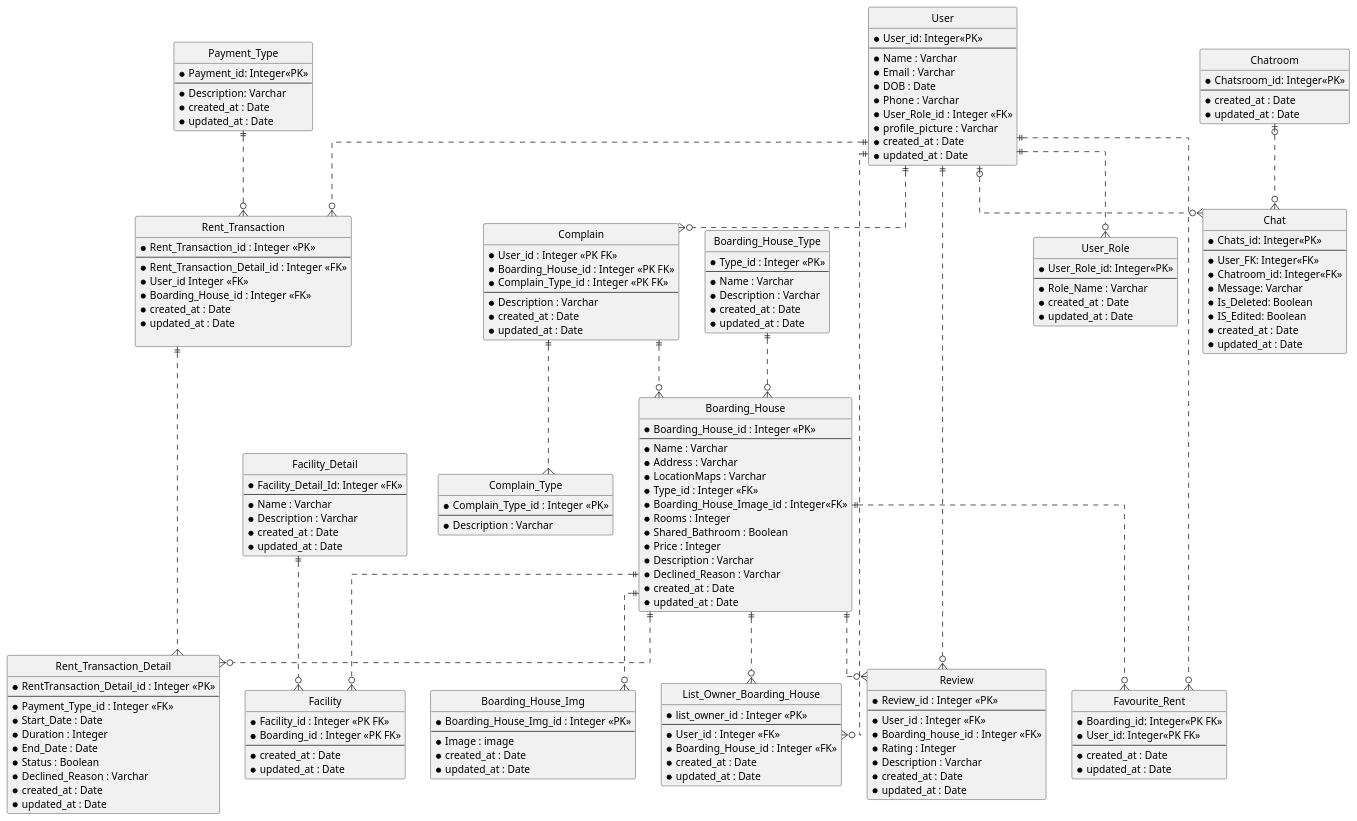
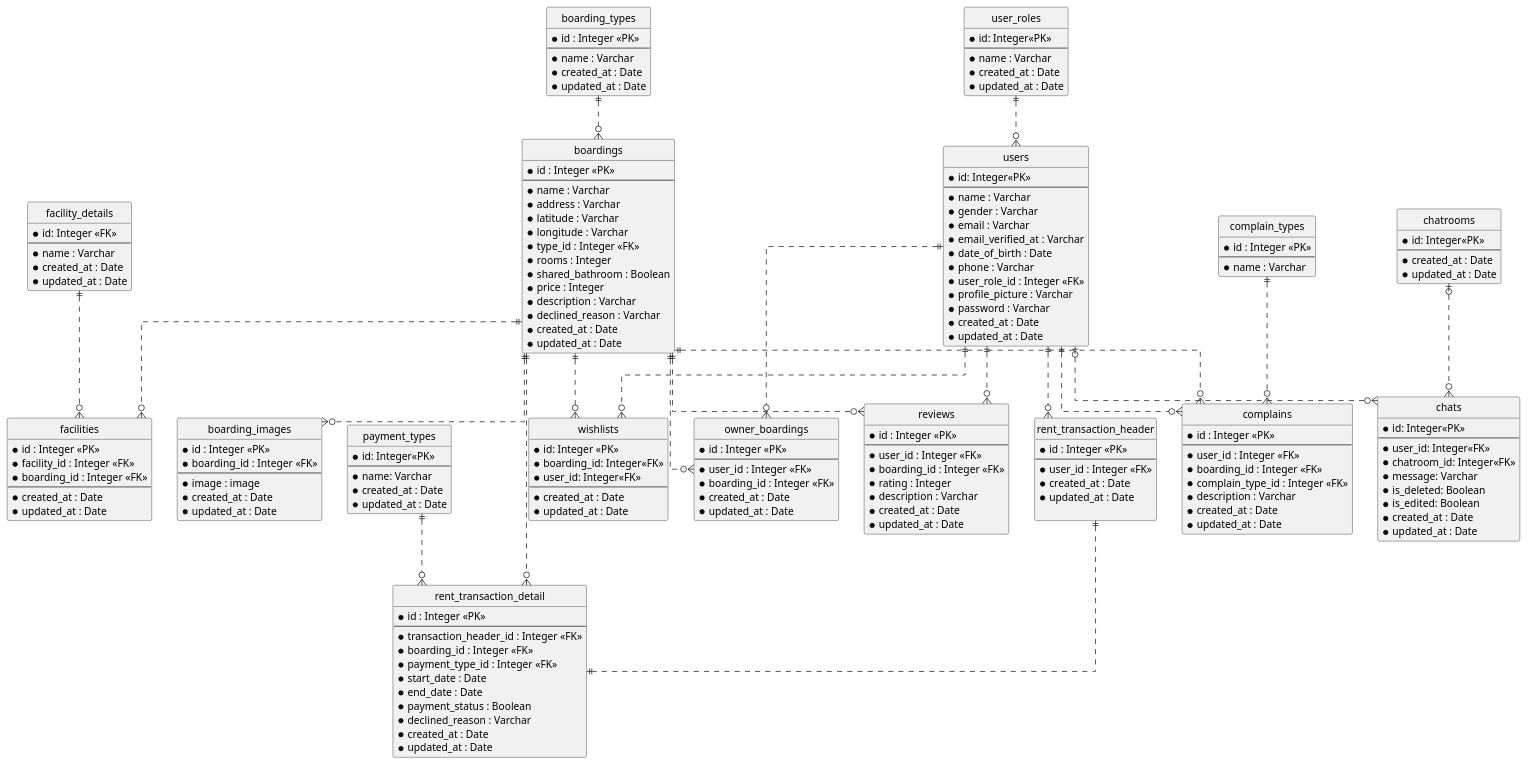
Before and after one commit to AntWort21/BHFMS: the diagram in Design/BHFMS_ERD.puml, drawn with PlantUML. The commit also changed 41 other files, not shown here.

```diff
--- a/Design/BHFMS_ERD.puml
+++ b/Design/BHFMS_ERD.puml
@@ -5,181 +5,189 @@
 ' avoid problems with angled crows feet
 skinparam linetype ortho
 
-entity "User" as usr {
-  *User_id: Integer<<PK>>
+entity "users" as usr {
+  *id: Integer<<PK>>
   --
-  *Name : Varchar
-  *Email : Varchar
-  *DOB : Date
-  *Phone : Varchar
-  *User_Role_id : Integer <<FK>>
+  *name : Varchar
+  *gender : Varchar
+  *email : Varchar
+  *email_verified_at : Varchar
+  *date_of_birth : Date
+  *phone : Varchar
+  *user_role_id : Integer <<FK>>
   *profile_picture : Varchar
+  *password : Varchar
   *created_at : Date
   *updated_at : Date
 }
 
-entity "User_Role" as usrl {
-  *User_Role_id: Integer<<PK>>
+entity "user_roles" as usrl {
+  *id: Integer<<PK>>
   --
-  *Role_Name : Varchar
+  *name : Varchar
   *created_at : Date
   *updated_at : Date
 }
 
-entity "Boarding_House_Type" as bht {
-  *Type_id : Integer <<PK>>
+entity "boarding_types" as bht {
+  *id : Integer <<PK>>
   --
-  *Name : Varchar
-  *Description : Varchar
+  *name : Varchar
   *created_at : Date
   *updated_at : Date
 }
 
-entity "Boarding_House" as bh {
-  *Boarding_House_id : Integer <<PK>>
+entity "boardings" as bh {
+  *id : Integer <<PK>>
   --
-  *Name : Varchar
-  *Address : Varchar
-  *LocationMaps : Varchar
-  *Type_id : Integer <<FK>>
-  *Boarding_House_Image_id : Integer<<FK>>
-  *Rooms : Integer
-  *Shared_Bathroom : Boolean
-  *Price : Integer
-  *Description : Varchar
-  *Declined_Reason : Varchar
+  *name : Varchar
+  *address : Varchar
+  *latitude : Varchar
+  *longitude : Varchar
+  *type_id : Integer <<FK>>
+  *rooms : Integer
+  *shared_bathroom : Boolean
+  *price : Integer
+  *description : Varchar
+  *declined_reason : Varchar
   *created_at : Date
   *updated_at : Date
 }
 
-entity "Facility_Detail" as fd {
-  *Facility_Detail_Id: Integer <<FK>>
+entity "facility_details" as fd {
+  *id: Integer <<FK>>
   --
-  *Name : Varchar
-  *Description : Varchar
+  *name : Varchar
   *created_at : Date
   *updated_at : Date
 }
 
-entity "Facility" as f {
-  *Facility_id : Integer <<PK FK>>
-  *Boarding_id : Integer <<PK FK>>
+' Composite key
+entity "facilities" as f {
+  *id : Integer <<PK>>
+  *facility_id : Integer <<FK>>
+  *boarding_id : Integer <<FK>>
   --
   *created_at : Date
   *updated_at : Date
 }
 
-entity "Boarding_House_Img" as bhi {
-  *Boarding_House_Img_id : Integer <<PK>>
+entity "boarding_images" as bhi {
+  *id : Integer <<PK>>
+  *boarding_id : Integer <<FK>>
   --
-  *Image : image
+  *image : image
   *created_at : Date
   *updated_at : Date
 }
 
-entity "Rent_Transaction" as rt {
-  *Rent_Transaction_id : Integer <<PK>>
+entity "rent_transaction_header" as rt {
+  *id : Integer <<PK>>
   --
-  *Rent_Transaction_Detail_id : Integer <<FK>> 
-  *User_id Integer <<FK>>
-  *Boarding_House_id : Integer <<FK>>
+  *user_id : Integer <<FK>>
   *created_at : Date
   *updated_at : Date
   
 }
 
-entity "Rent_Transaction_Detail" as rtd {
-  *RentTransaction_Detail_id : Integer <<PK>>
+entity "rent_transaction_detail" as rtd {
+  *id : Integer <<PK>>
   --
-  *Payment_Type_id : Integer <<FK>>
-  *Start_Date : Date
-  *Duration : Integer
-  *End_Date : Date
-  *Status : Boolean
-  *Declined_Reason : Varchar
+  *transaction_header_id : Integer <<FK>> 
+  *boarding_id : Integer <<FK>>
+  *payment_type_id : Integer <<FK>>
+  *start_date : Date
+  *end_date : Date
+  *payment_status : Boolean
+  *declined_reason : Varchar
   *created_at : Date
   *updated_at : Date
 }
 
-entity "List_Owner_Boarding_House" as lobh {
-  *list_owner_id : Integer <<PK>>
+
+entity "owner_boardings" as lobh {
+  *id : Integer <<PK>>
   --
-  *User_id : Integer <<FK>>
-  *Boarding_House_id : Integer <<FK>>
+  *user_id : Integer <<FK>>
+  *boarding_id : Integer <<FK>>
   *created_at : Date
   *updated_at : Date
 }
 
-entity "Review" as rvw {
-  *Review_id : Integer <<PK>>
+entity "reviews" as rvw {
+  *id : Integer <<PK>>
   --
-  *User_id : Integer <<FK>>
-  *Boarding_house_id : Integer <<FK>>
-  *Rating : Integer
-  *Description : Varchar
+  *user_id : Integer <<FK>>
+  *boarding_id : Integer <<FK>>
+  *rating : Integer
+  *description : Varchar
   *created_at : Date
   *updated_at : Date
 }
 
-entity "Complain" as cmpln {
-  *User_id : Integer <<PK FK>>
-  *Boarding_House_id : Integer <<PK FK>>
-  *Complain_Type_id : Integer <<PK FK>>
+entity "complains" as cmpln {
+  *id : Integer <<PK>>
   --
-  *Description : Varchar
+  *user_id : Integer <<FK>>
+  *boarding_id : Integer <<FK>>
+  *complain_type_id : Integer <<FK>>
+  *description : Varchar
   *created_at : Date
   *updated_at : Date
 }
-entity "Complain_Type" as cmplnt {
-  *Complain_Type_id : Integer <<PK>>
+
+entity "complain_types" as cmplnt {
+  *id : Integer <<PK>>
   --
-  *Description : Varchar
+  *name : Varchar
 }
 
-entity "Favourite_Rent" as fr { 
-  *Boarding_id: Integer<<PK FK>>
-  *User_id: Integer<<PK FK>>
+' Composite key
+entity "wishlists" as fr {
+  *id: Integer <<PK>>
+  *boarding_id: Integer<<FK>>
+  *user_id: Integer<<FK>>
   --
   *created_at : Date
   *updated_at : Date
 }
 
-entity "Payment_Type" as pymnt {
-  *Payment_id: Integer<<PK>>
+entity "payment_types" as pymnt {
+  *id: Integer<<PK>>
   --
-  *Description: Varchar
+  *name: Varchar
   *created_at : Date
   *updated_at : Date
 }
 
-entity "Chat" as cht {
-  *Chats_id: Integer<<PK>>
+entity "chats" as cht {
+  *id: Integer<<PK>>
   --
-  *User_FK: Integer<<FK>>
-  *Chatroom_id: Integer<<FK>>
-  *Message: Varchar
-  *Is_Deleted: Boolean
-  *IS_Edited: Boolean
+  *user_id: Integer<<FK>>
+  *chatroom_id: Integer<<FK>>
+  *message: Varchar
+  *is_deleted: Boolean
+  *is_edited: Boolean
   *created_at : Date
   *updated_at : Date
 }
 
-entity "Chatroom" as chtrm {
-  *Chatsroom_id: Integer<<PK>>
+entity "chatrooms" as chtrm {
+  *id: Integer<<PK>>
   --
   *created_at : Date
   *updated_at : Date
 }
 
-usr ||..o{ usrl
+usrl ||..o{usr
 bh ||..o{ bhi
 bh ||..o{ f
 fd ||..o{ f
 
 usr ||..o{ rt
 bh ||..o{ rtd
-rt ||..{rtd
-pymnt ||..o{ rt
+rt ||..||rtd
+pymnt ||..o{ rtd
 
 usr ||..o{ lobh
 bh ||..o{ lobh
@@ -188,8 +196,8 @@
 bh ||..o{ rvw
 
 usr ||..o{ cmpln
-cmpln ||..o{ bh
-cmpln ||..{ cmplnt
+bh ||..o{ cmpln
+cmplnt ||..o{ cmpln
 
 bht ||..o{ bh
 
```
